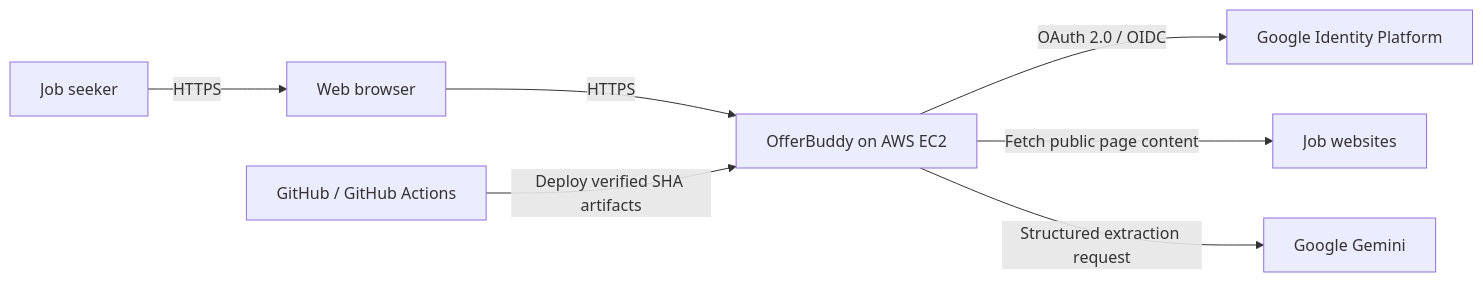
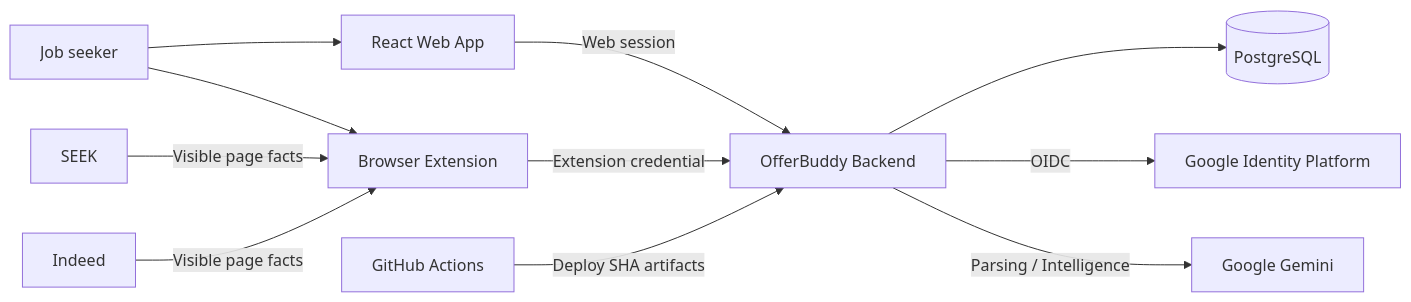
The diagram in architecture/system-context.md (peter383666/offerbuddy-engineering), drawn with Mermaid before and after one commit. The commit also changed other lines of this file and 126 other files, not shown here.

````diff
--- a/architecture/system-context.md
+++ b/architecture/system-context.md
@@ -59,9 +64,24 @@
 ```mermaid
 flowchart LR
-    User["Job seeker"] -->|HTTPS| Browser["Web browser"]
-    Browser -->|HTTPS| OfferBuddy["OfferBuddy on AWS EC2"]
-    OfferBuddy -->|OAuth 2.0 / OIDC| Google["Google Identity Platform"]
-    OfferBuddy -->|Fetch public page content| JobSites["Job websites"]
-    OfferBuddy -->|Structured extraction request| Gemini["Google Gemini"]
-    GitHub["GitHub / GitHub Actions"] -->|Deploy verified SHA artifacts| OfferBuddy
+    User["Job seeker"]
+    Web["React Web App"]
+    Extension["Browser Extension"]
+    Backend["OfferBuddy Backend"]
+    Postgres[("PostgreSQL")]
+    Google["Google Identity Platform"]
+    Gemini["Google Gemini"]
+    Seek["SEEK"]
+    Indeed["Indeed"]
+    GitHub["GitHub Actions"]
+
+    User --> Web
+    User --> Extension
+    Seek -->|"Visible page facts"| Extension
+    Indeed -->|"Visible page facts"| Extension
+    Web -->|"Web session"| Backend
+    Extension -->|"Extension credential"| Backend
+    Backend --> Postgres
+    Backend -->|"OIDC"| Google
+    Backend -->|"Parsing / Intelligence"| Gemini
+    GitHub -->|"Deploy SHA artifacts"| Backend
 ```
````
